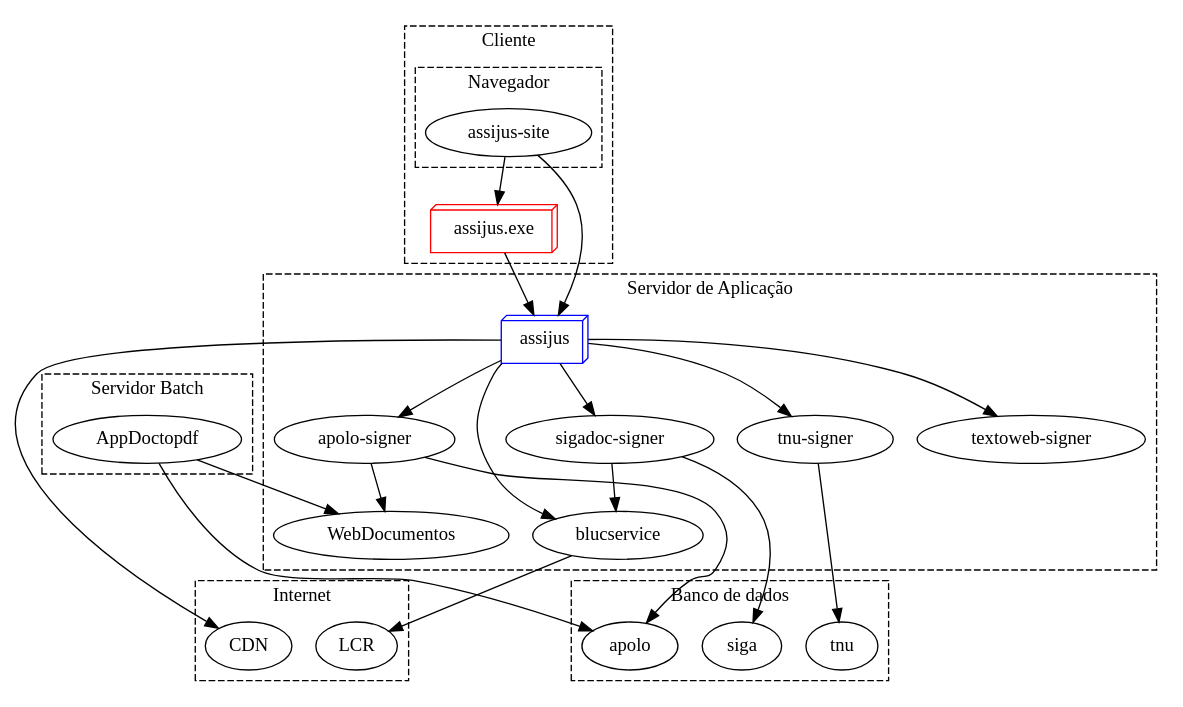
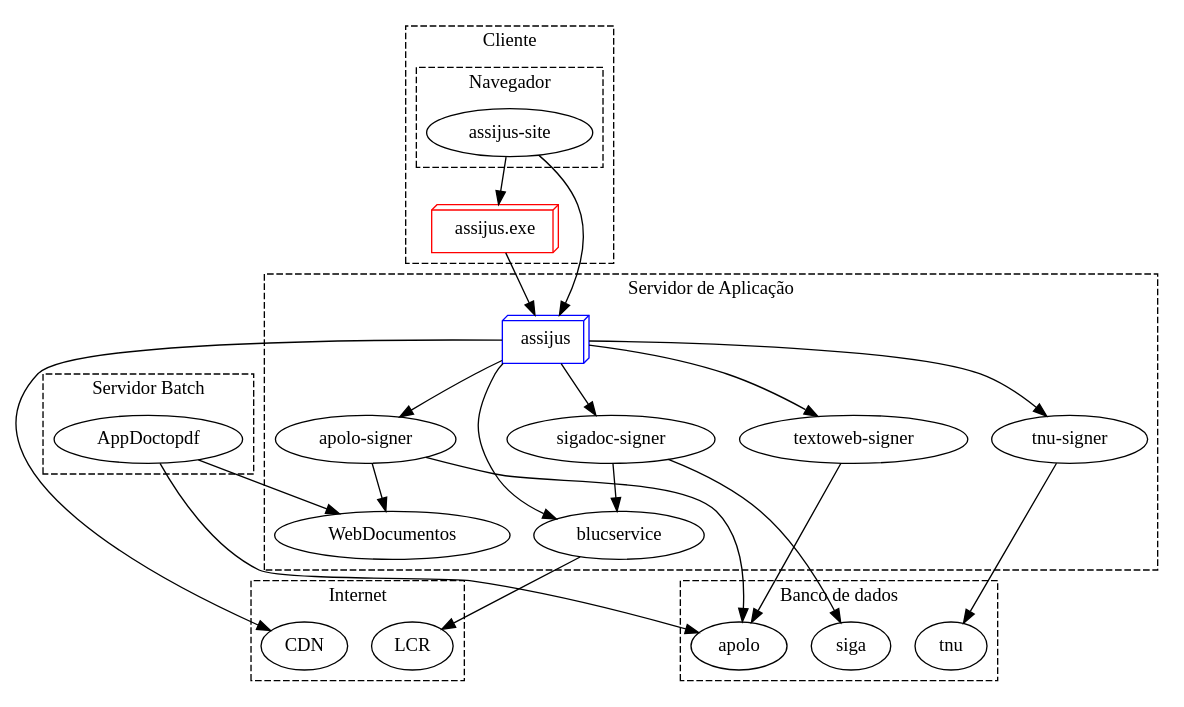
The diagram in doc/arch.gv (assijus/assijus), drawn with Graphviz before and after one commit.

Commit message:
Inclui dependencia do textoweb-signer com apolo

```diff
--- a/doc/arch.gv
+++ b/doc/arch.gv
@@ -1,76 +1,78 @@
 //Este arquivo é um .DOT utilizado com graph viz (http://www.webgraphviz.com/)
 digraph assijus {
   "assijus" -> "blucservice"
   "assijus" -> "apolo-signer" 
   "assijus" -> "sigadoc-signer"
   "assijus" -> "textoweb-signer"
   "assijus" -> "tnu-signer"
   "assijus" -> "CDN"
 
   "assijus-site" -> assijus
 
   "assijus-site" -> "assijus.exe"
   "assijus.exe" -> "assijus"
 
   "apolo-signer" -> "WebDocumentos"
   "apolo-signer" -> "apolo"
-
+  
+  "textoweb-signer" -> "apolo"
+  
   "sigadoc-signer" -> "blucservice"
   "sigadoc-signer" -> "siga"
 
   "WebDocumentos" -> "apolo" [style=invis]
 
   "tnu-signer" -> "tnu"
   "blucservice" -> "LCR"
 
   subgraph cluster_cliente{
      label = "Cliente"
      style = "dashed";
      "assijus.exe"[shape=box3d, color=red]
 
      subgraph cluster_navegador{
         label = "Navegador"
         "assijus-site"
 
      }
 
   }
  
 
   subgraph cluster_servidor{
      style = "dashed";
      label = "Servidor de Aplicação"
      "assijus"[shape=box3d, color=blue]
      "blucservice"
      "apolo-signer"
      "sigadoc-signer"
      "textoweb-signer"  
      "tnu-signer"    
      "WebDocumentos"
   }
 
   subgraph cluster_bd{
      style = "dashed";
      rank="same"
      label = "Banco de dados"
      "apolo"
      "siga"
      "tnu"
   }
 
   subgraph cluster_internet{
      style = "dashed";
      label = "Internet"
      "LCR"
      "CDN"
   }
 
   subgraph cluster_batch{
      style = "dashed";
      label = "Servidor Batch"
      "AppDoctopdf"
      
   }
 "AppDoctopdf" -> "WebDocumentos"
 "AppDoctopdf" -> "apolo"  
 }
```
